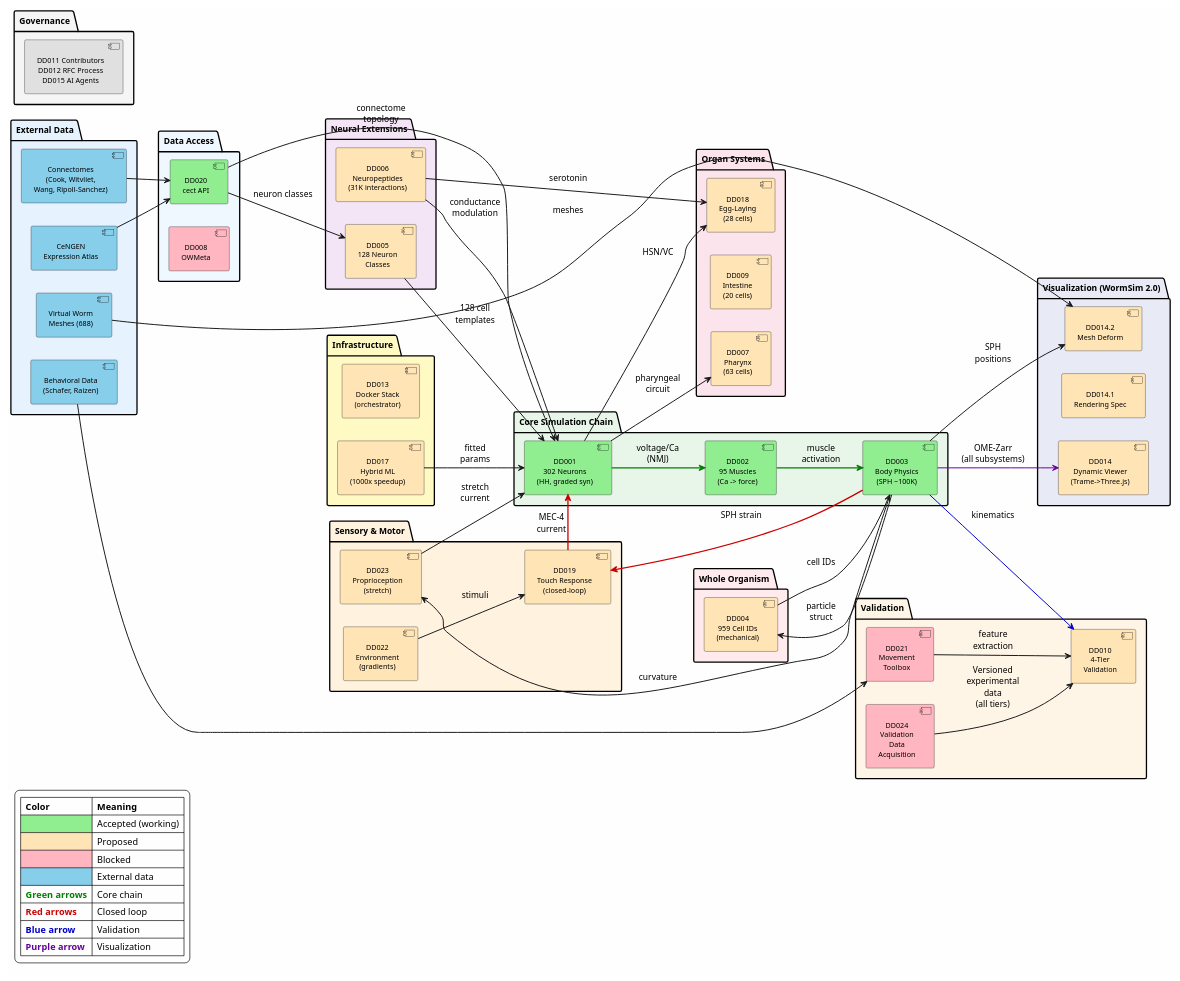
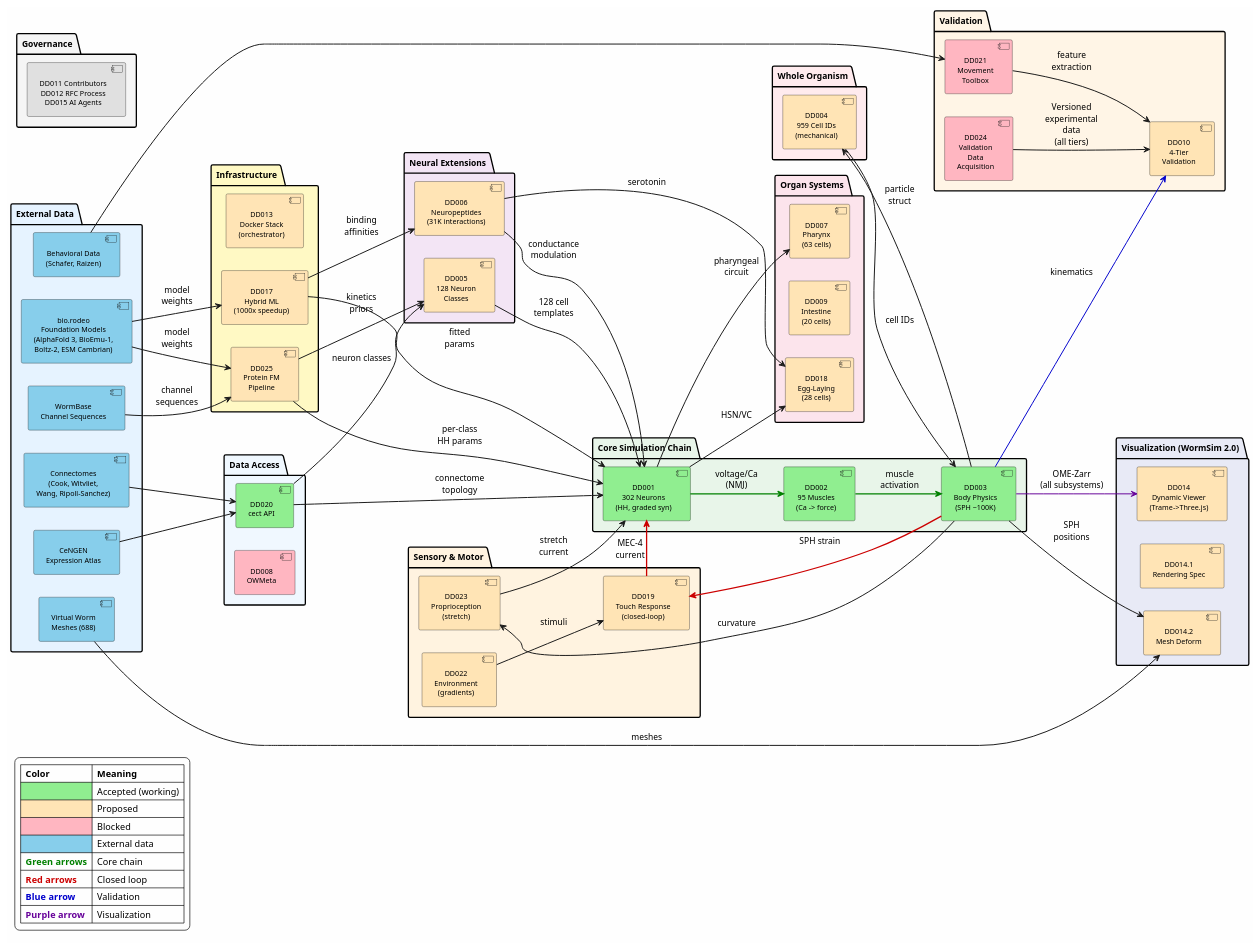
One commit to openworm/openworm_docs changed the diagram in docs/design_documents/INTEGRATION_MAP.md. Above: the diagram before and after it, drawn with PlantUML. The commit also changed other lines of this file and 12 other files, not shown here.

First line of the commit message:
Eliminate Level E, integrate DevoWorm/Karr whole-cell model, update integration map

```diff
--- a/docs/design_documents/INTEGRATION_MAP.md
+++ b/docs/design_documents/INTEGRATION_MAP.md
@@ -64,6 +65,8 @@
   component "CeNGEN\nExpression Atlas" as ext_cen #87CEEB
   component "Behavioral Data\n(Schafer, Raizen)" as ext_beh #87CEEB
   component "Virtual Worm\nMeshes (688)" as ext_vw #87CEEB
+  component "bio.rodeo\nFoundation Models\n(AlphaFold 3, BioEmu-1,\nBoltz-2, ESM Cambrian)" as ext_bio #87CEEB
+  component "WormBase\nChannel Sequences" as ext_wb #87CEEB
 }
 
 ' === DATA ACCESS ===
@@ -107,6 +110,7 @@
 package "Infrastructure" as infra #FFF9C4 {
   component "DD013\nDocker Stack\n(orchestrator)" as DD013 #FFE4B5
   component "DD017\nHybrid ML\n(1000x speedup)" as DD017 #FFE4B5
+  component "DD025\nProtein FM\nPipeline" as DD025 #FFE4B5
 }
 
 ' === VALIDATION ===
@@ -173,8 +177,14 @@
 ext_vw --> DD0142 : meshes
 DD003 --> DD0142 : SPH\npositions
 
-' ML
+' ML & Foundation Models
+ext_bio --> DD025 : model\nweights
+ext_bio --> DD017 : model\nweights
+ext_wb --> DD025 : channel\nsequences
+DD025 --> DD005 : kinetics\npriors
+DD025 --> DD001 : per-class\nHH params
 DD017 --> DD001 : fitted\nparams
+DD017 --> DD006 : binding\naffinities
 
 legend bottom left
   |= Color |= Meaning |
```
